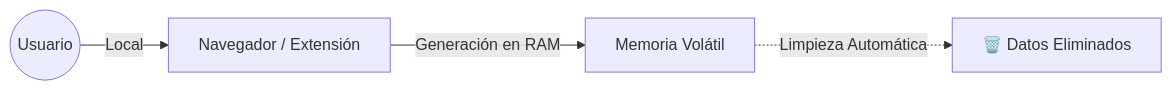
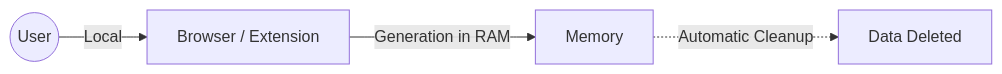
The second of 3 diagrams in content/generator-password-en.md (ELmoliii/blog-tecnology), drawn with Mermaid before and after one commit. The commit also changed other lines of this file and 3 other files, not shown here.

````diff
--- a/content/generator-password-en.md
+++ b/content/generator-password-en.md
@@ -52,8 +53,8 @@
 ```mermaid
 flowchart LR
     direction TB
-    User2(("Usuario")) -->|Local| Browser["Navegador / Extensión"]
-    Browser -->|"Generación en RAM"| Memory["Memoria Volátil"]
-    Memory -.->|"Limpieza Automática"| Trash["🗑️ Datos Eliminados"]
+    User2(("User")) -->|Local| Browser["Browser / Extension"]
+    Browser -->|"Generation in RAM"| Memory["Memory"]
+    Memory -.->|"Automatic Cleanup"| Trash[" Data Deleted"]
 
 ```
````
